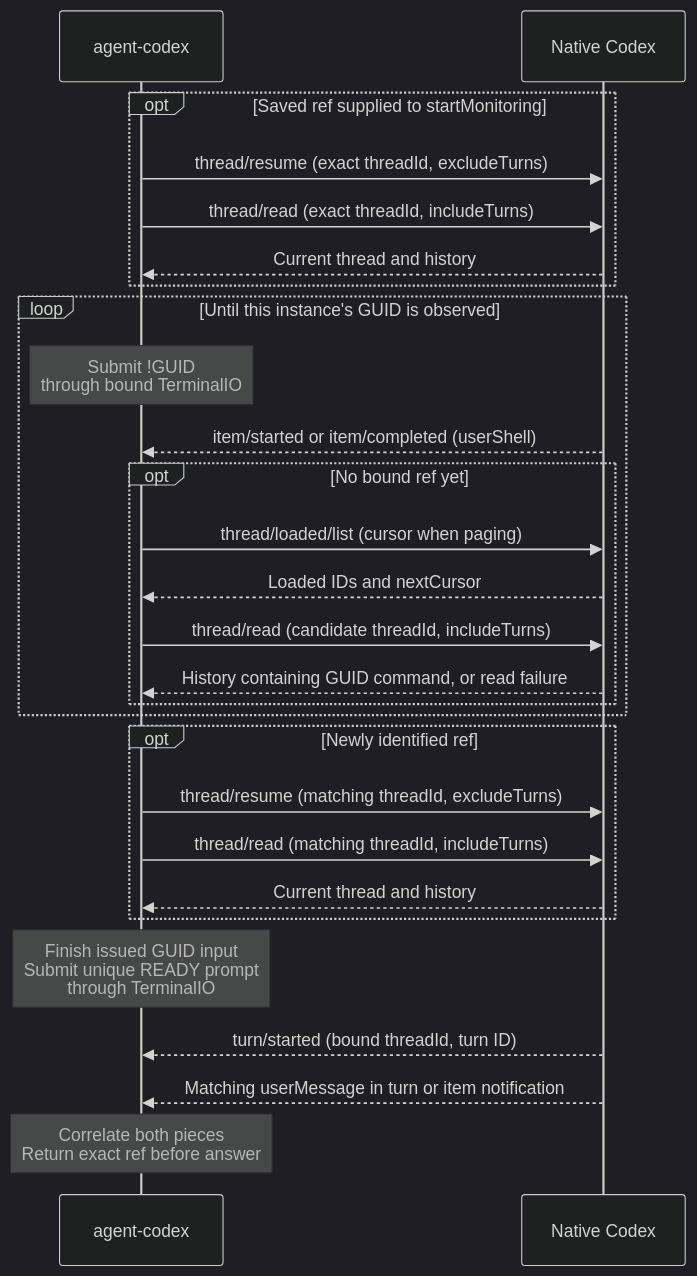
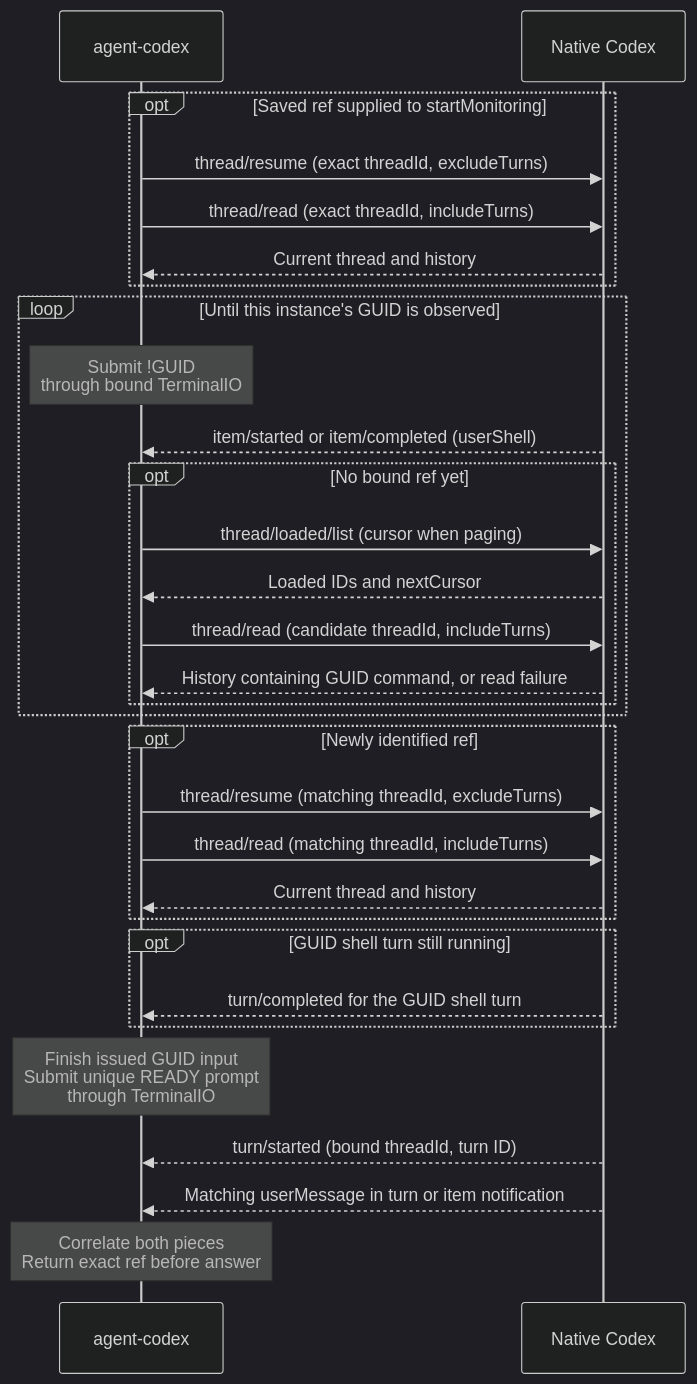
The third of 5 diagrams in docs/codex-protocol.md (BuddyLabsCo/issue-runner-agent-codex), drawn with Mermaid (dark theme) before and after one commit. The commit also changed other lines of this file and 10 other files, not shown here.

Commit message:
fix: [issue-52] wait for GUID shell turn completion before bootstrap (#53)

````diff
--- a/docs/codex-protocol.md
+++ b/docs/codex-protocol.md
@@ -91,29 +91,32 @@
 ```mermaid
 sequenceDiagram
     participant E as agent-codex
     participant N as Native Codex
     opt Saved ref supplied to startMonitoring
         E->>N: thread/resume (exact threadId, excludeTurns)
         E->>N: thread/read (exact threadId, includeTurns)
         N-->>E: Current thread and history
     end
     loop Until this instance's GUID is observed
         Note over E: Submit !GUID<br/>through bound TerminalIO
         N-->>E: item/started or item/completed (userShell)
         opt No bound ref yet
             E->>N: thread/loaded/list (cursor when paging)
             N-->>E: Loaded IDs and nextCursor
             E->>N: thread/read (candidate threadId, includeTurns)
             N-->>E: History containing GUID command, or read failure
         end
     end
     opt Newly identified ref
         E->>N: thread/resume (matching threadId, excludeTurns)
         E->>N: thread/read (matching threadId, includeTurns)
         N-->>E: Current thread and history
     end
+    opt GUID shell turn still running
+        N-->>E: turn/completed for the GUID shell turn
+    end
     Note over E: Finish issued GUID input<br/>Submit unique READY prompt<br/>through TerminalIO
     N-->>E: turn/started (bound threadId, turn ID)
     N-->>E: Matching userMessage in turn or item notification
     Note over E: Correlate both pieces<br/>Return exact ref before answer
 ```
````
